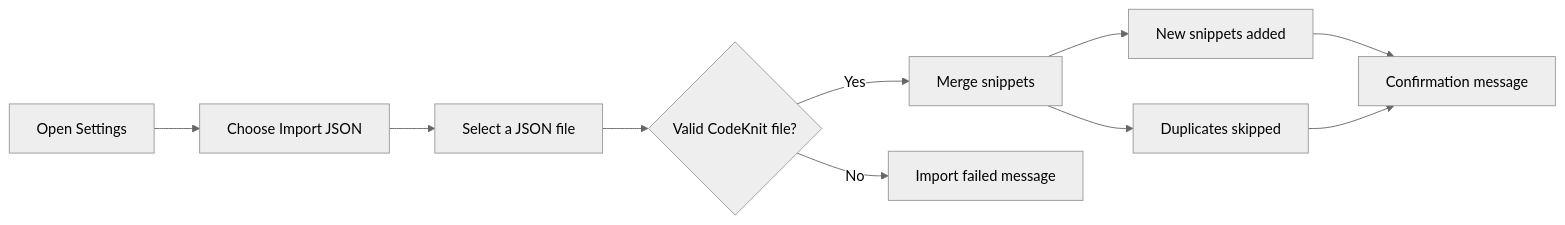
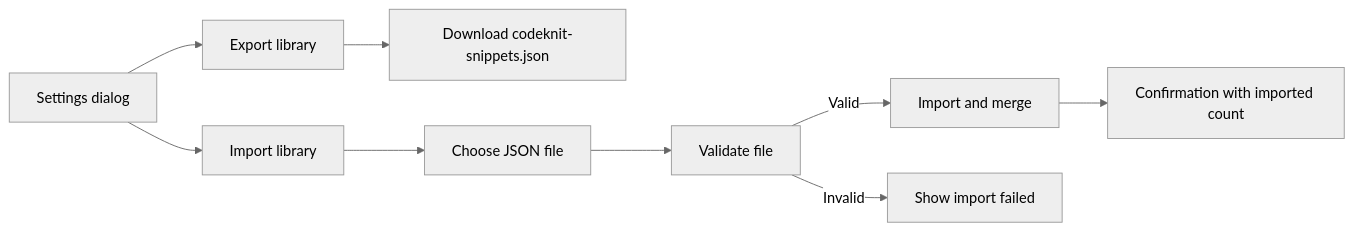
Before and after one commit to Mohita111/API2: the first of 2 diagrams in api2-documentation/plan_2026-11-02_f8890e/user-facing-docs/import-and-export.md, drawn with Mermaid (neutral theme). The commit also changed other lines of this file and 11 other files, not shown here.

````diff
--- a/api2-documentation/plan_2026-11-02_f8890e/user-facing-docs/import-and-export.md
+++ b/api2-documentation/plan_2026-11-02_f8890e/user-facing-docs/import-and-export.md
@@ -56,12 +9,11 @@
 ```mermaid
 graph LR
-    A["Open Settings"] --> B["Choose Import JSON"]
-    B --> C["Select a JSON file"]
-    C --> D{"Valid CodeKnit file?"}
-    D -- Yes --> E["Merge snippets"]
-    D -- No --> F["Import failed message"]
-    E --> G["New snippets added"]
-    E --> H["Duplicates skipped"]
-    G --> I["Confirmation message"]
-    H --> I
+    A[Settings dialog] --> B[Export library]
+    A --> C[Import library]
+    B --> D["Download codeknit-snippets.json"]
+    C --> E[Choose JSON file]
+    E --> F[Validate file]
+    F -->|Valid| G[Import and merge]
+    F -->|Invalid| H[Show import failed]
+    G --> I[Confirmation with imported count]
 ```
````
